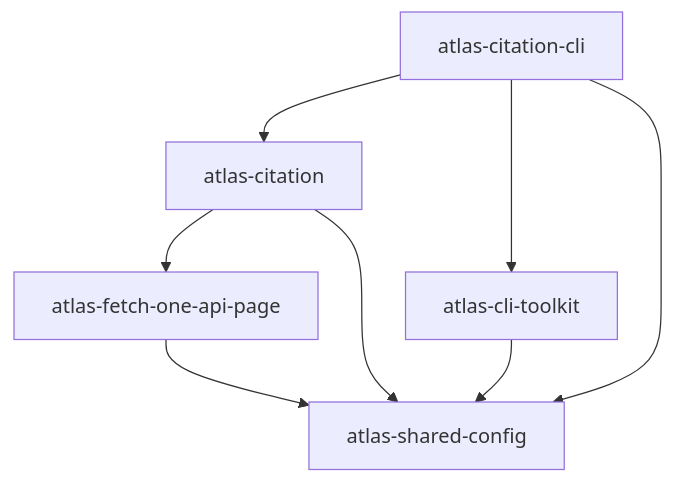
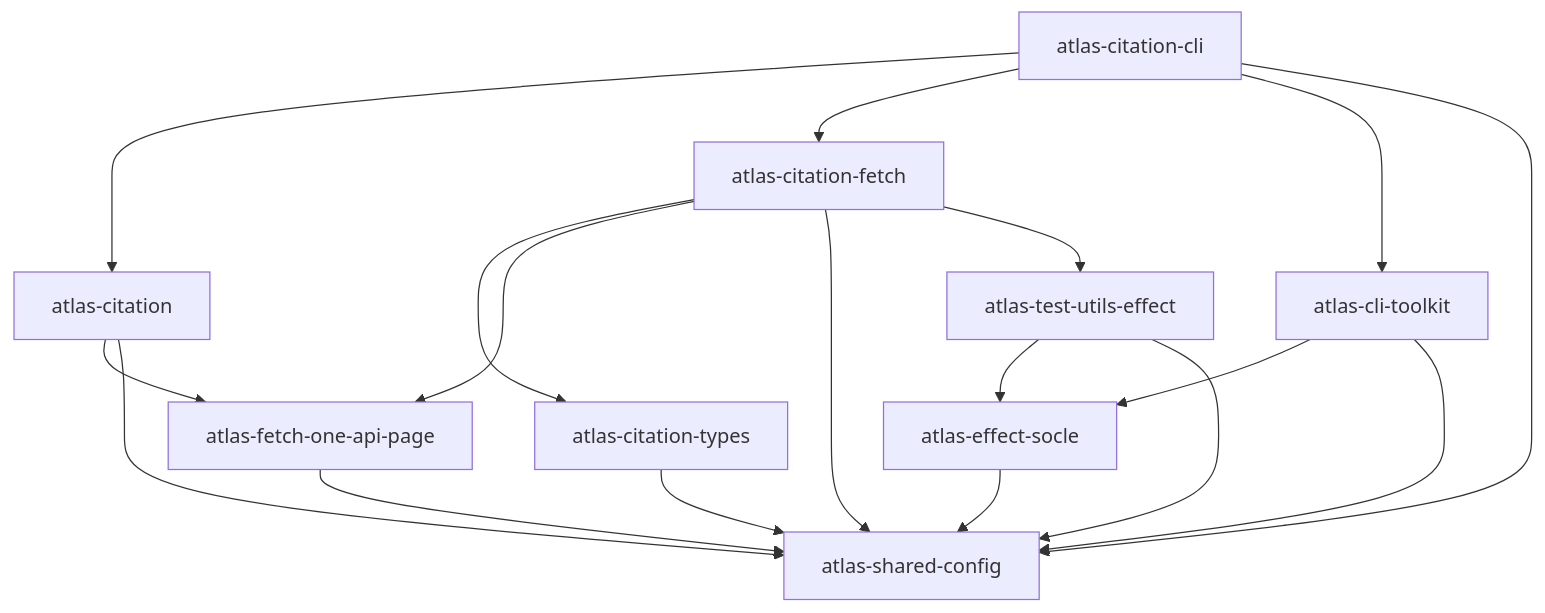
One commit to univ-lehavre/atlas changed the eighth of 19 diagrams in docs/src/content/docs/architecture/packages.md. Above: the diagram before and after it, drawn with Mermaid. The commit also changed other lines of this file and 139 other files, not shown here.

First line of the commit message:
feat: socle Effect — résorption complète (E1–E14) (#348)

````diff
--- a/docs/src/content/docs/architecture/packages.md
+++ b/docs/src/content/docs/architecture/packages.md
@@ -397,15 +413,29 @@
 ```mermaid
 flowchart TD
   _univ_lehavre_atlas_citation["atlas-citation"]
   _univ_lehavre_atlas_citation_cli["atlas-citation-cli"]
+  _univ_lehavre_atlas_citation_fetch["atlas-citation-fetch"]
+  _univ_lehavre_atlas_citation_types["atlas-citation-types"]
   _univ_lehavre_atlas_cli_toolkit["atlas-cli-toolkit"]
+  _univ_lehavre_atlas_effect_socle["atlas-effect-socle"]
   _univ_lehavre_atlas_fetch_one_api_page["atlas-fetch-one-api-page"]
   _univ_lehavre_atlas_shared_config["atlas-shared-config"]
+  _univ_lehavre_atlas_test_utils_effect["atlas-test-utils-effect"]
   _univ_lehavre_atlas_citation --> _univ_lehavre_atlas_fetch_one_api_page
   _univ_lehavre_atlas_citation --> _univ_lehavre_atlas_shared_config
   _univ_lehavre_atlas_citation_cli --> _univ_lehavre_atlas_citation
+  _univ_lehavre_atlas_citation_cli --> _univ_lehavre_atlas_citation_fetch
   _univ_lehavre_atlas_citation_cli --> _univ_lehavre_atlas_cli_toolkit
   _univ_lehavre_atlas_citation_cli --> _univ_lehavre_atlas_shared_config
+  _univ_lehavre_atlas_citation_fetch --> _univ_lehavre_atlas_citation_types
+  _univ_lehavre_atlas_citation_fetch --> _univ_lehavre_atlas_fetch_one_api_page
+  _univ_lehavre_atlas_citation_fetch --> _univ_lehavre_atlas_shared_config
+  _univ_lehavre_atlas_citation_fetch --> _univ_lehavre_atlas_test_utils_effect
+  _univ_lehavre_atlas_citation_types --> _univ_lehavre_atlas_shared_config
+  _univ_lehavre_atlas_cli_toolkit --> _univ_lehavre_atlas_effect_socle
   _univ_lehavre_atlas_cli_toolkit --> _univ_lehavre_atlas_shared_config
+  _univ_lehavre_atlas_effect_socle --> _univ_lehavre_atlas_shared_config
   _univ_lehavre_atlas_fetch_one_api_page --> _univ_lehavre_atlas_shared_config
+  _univ_lehavre_atlas_test_utils_effect --> _univ_lehavre_atlas_effect_socle
+  _univ_lehavre_atlas_test_utils_effect --> _univ_lehavre_atlas_shared_config
 ```
````
